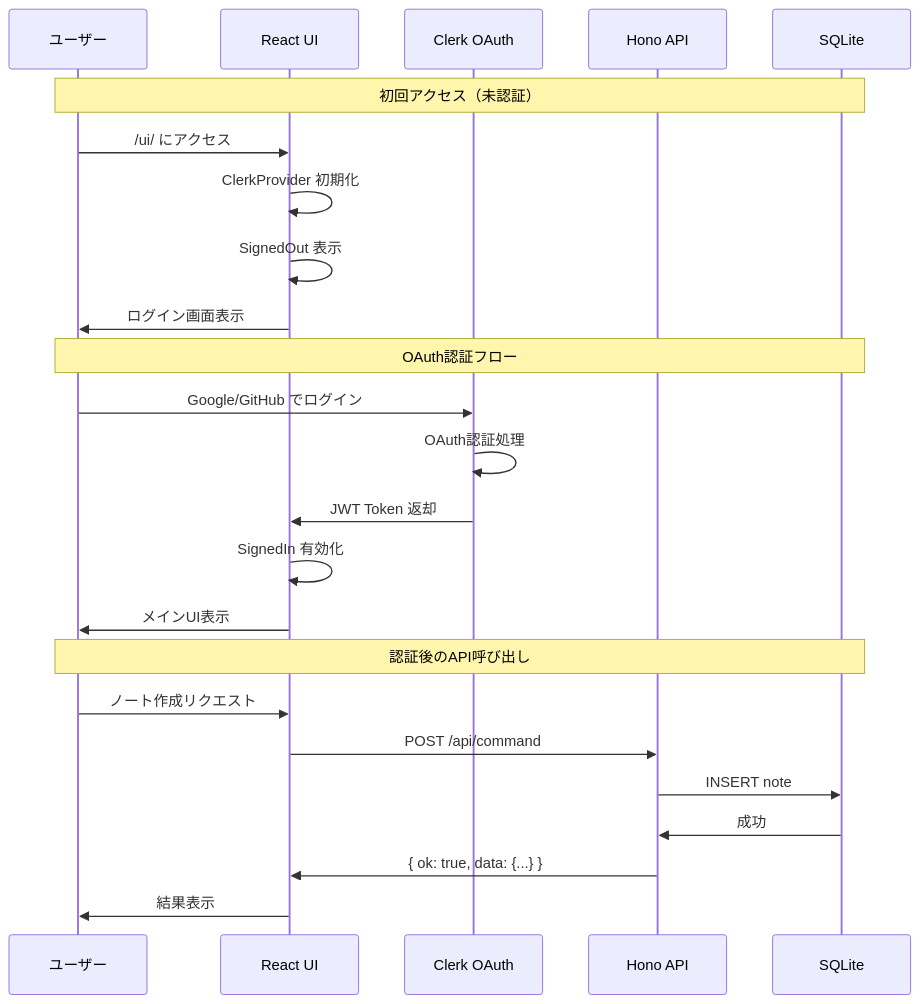
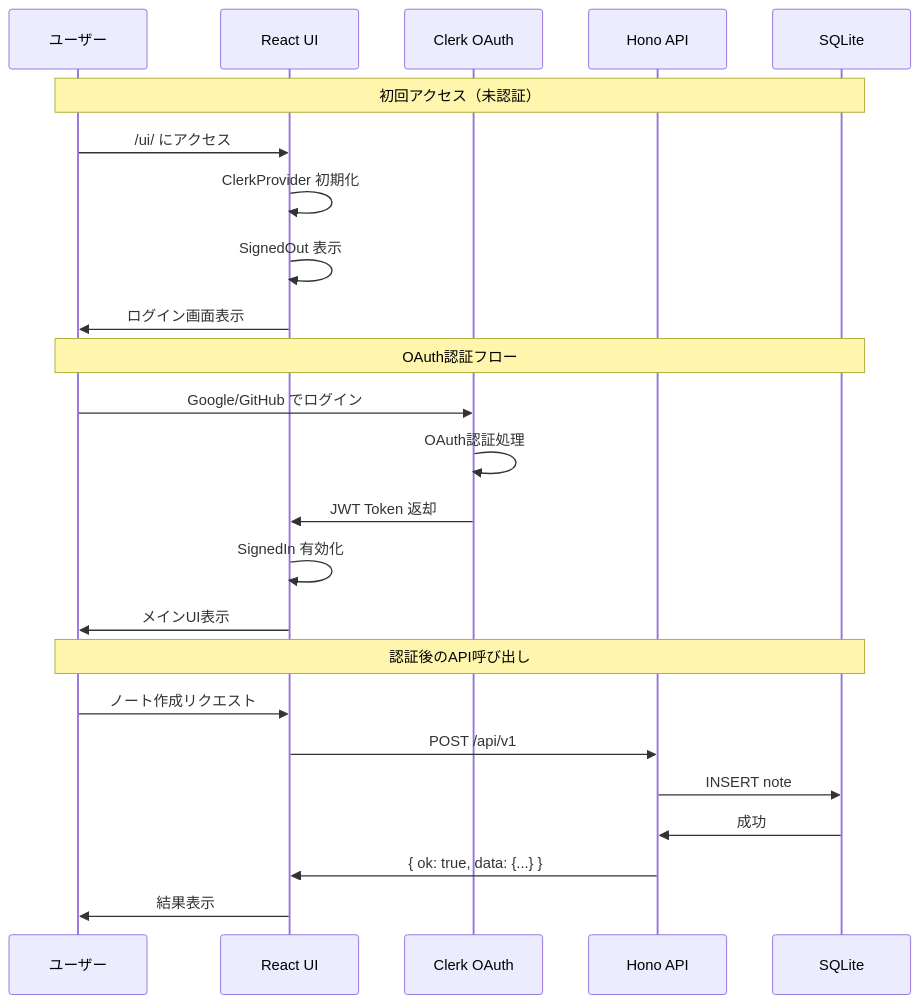
Before and after one commit to tamai-hideyuki/brain-cabinet: the second of 6 diagrams in docs/security-diagram.md, drawn with Mermaid. The commit also changed other lines of this file and 9 other files, not shown here.

````diff
--- a/docs/security-diagram.md
+++ b/docs/security-diagram.md
@@ -61,29 +61,29 @@
 ```mermaid
 sequenceDiagram
     participant U as ユーザー
     participant UI as React UI
     participant Clerk as Clerk OAuth
     participant API as Hono API
     participant DB as SQLite
 
     Note over U,DB: 初回アクセス（未認証）
     U->>UI: /ui/ にアクセス
     UI->>UI: ClerkProvider 初期化
     UI->>UI: SignedOut 表示
     UI->>U: ログイン画面表示
 
     Note over U,DB: OAuth認証フロー
     U->>Clerk: Google/GitHub でログイン
     Clerk->>Clerk: OAuth認証処理
     Clerk->>UI: JWT Token 返却
     UI->>UI: SignedIn 有効化
     UI->>U: メインUI表示
 
     Note over U,DB: 認証後のAPI呼び出し
     U->>UI: ノート作成リクエスト
-    UI->>API: POST /api/command
+    UI->>API: POST /api/v1
     API->>DB: INSERT note
     DB->>API: 成功
     API->>UI: { ok: true, data: {...} }
     UI->>U: 結果表示
 ```
````
